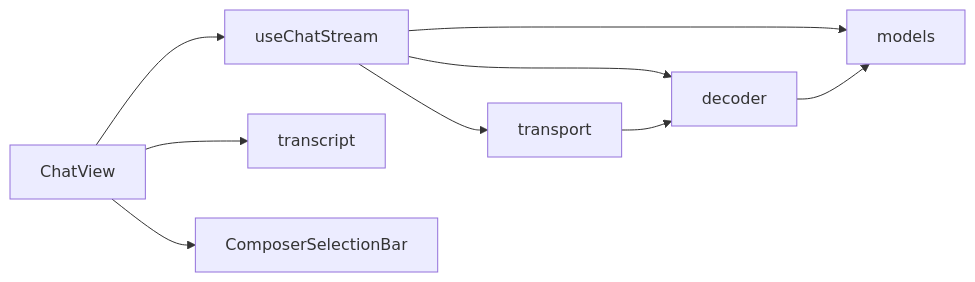
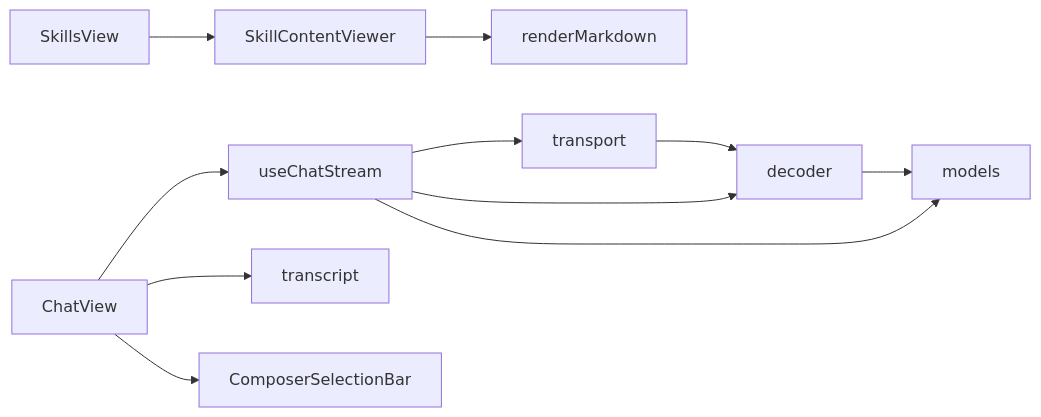
One commit to metasync/luban-aiops changed the eighth of 8 diagrams in .qoder/repowiki/en/content/Operator Portal/Chat Interface/Chat Interface.md. Above: the diagram before and after it, drawn with Mermaid. The commit also changed other lines of this file and 242 other files, not shown here.

````diff
--- a/.qoder/repowiki/en/content/Operator Portal/Chat Interface/Chat Interface.md
+++ b/.qoder/repowiki/en/content/Operator Portal/Chat Interface/Chat Interface.md
@@ -271,11 +362,13 @@
 ```mermaid
 graph LR
 ChatView --> useChatStream
 ChatView --> transcript
 ChatView --> ComposerSelectionBar
 useChatStream --> transport
 useChatStream --> decoder
 useChatStream --> models
+SkillContentViewer --> renderMarkdown
+SkillsView --> SkillContentViewer
 transport --> decoder
 decoder --> models
 ```
````
